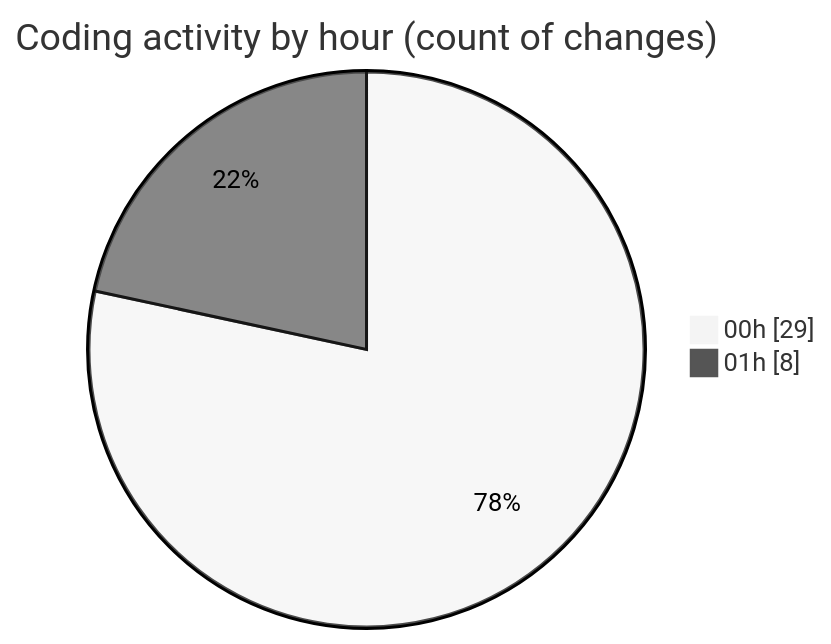
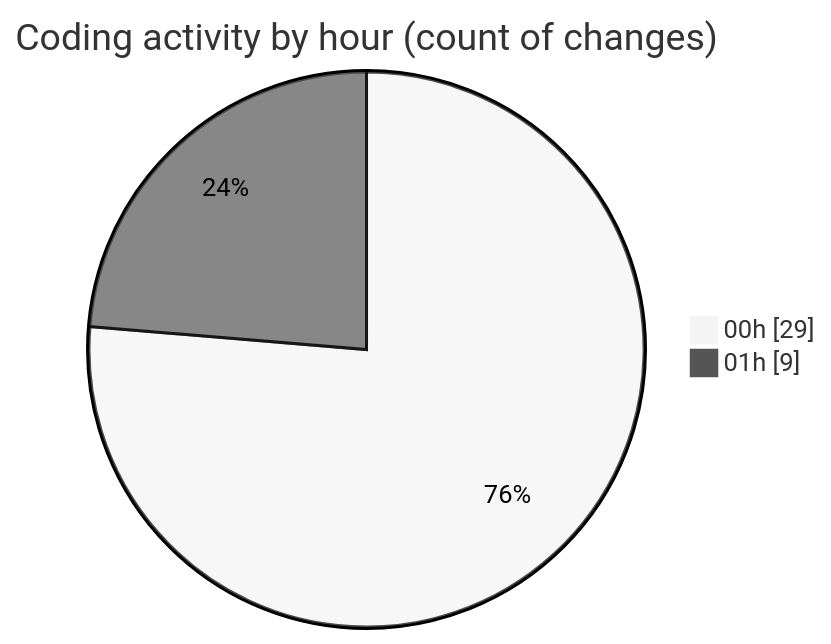
Before and after one commit to nxtqubesakshisongat/code-tracking: the second of 2 diagrams in 2026-02-22/nxtqube_webapp/README.md, drawn with Mermaid (neutral theme). The commit also changed other lines of this file and 1 other file, not shown here.

````diff
--- a/2026-02-22/nxtqube_webapp/README.md
+++ b/2026-02-22/nxtqube_webapp/README.md
@@ -30,6 +31,6 @@
 ```mermaid
 pie showData
 title Coding activity by hour (count of changes)
 "00h" : 29
-"01h" : 8
+"01h" : 9
 ```
````
